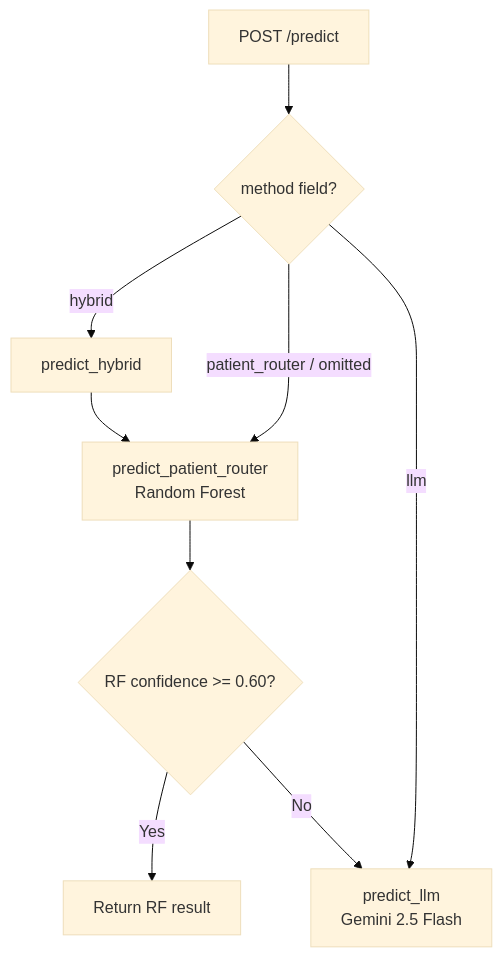
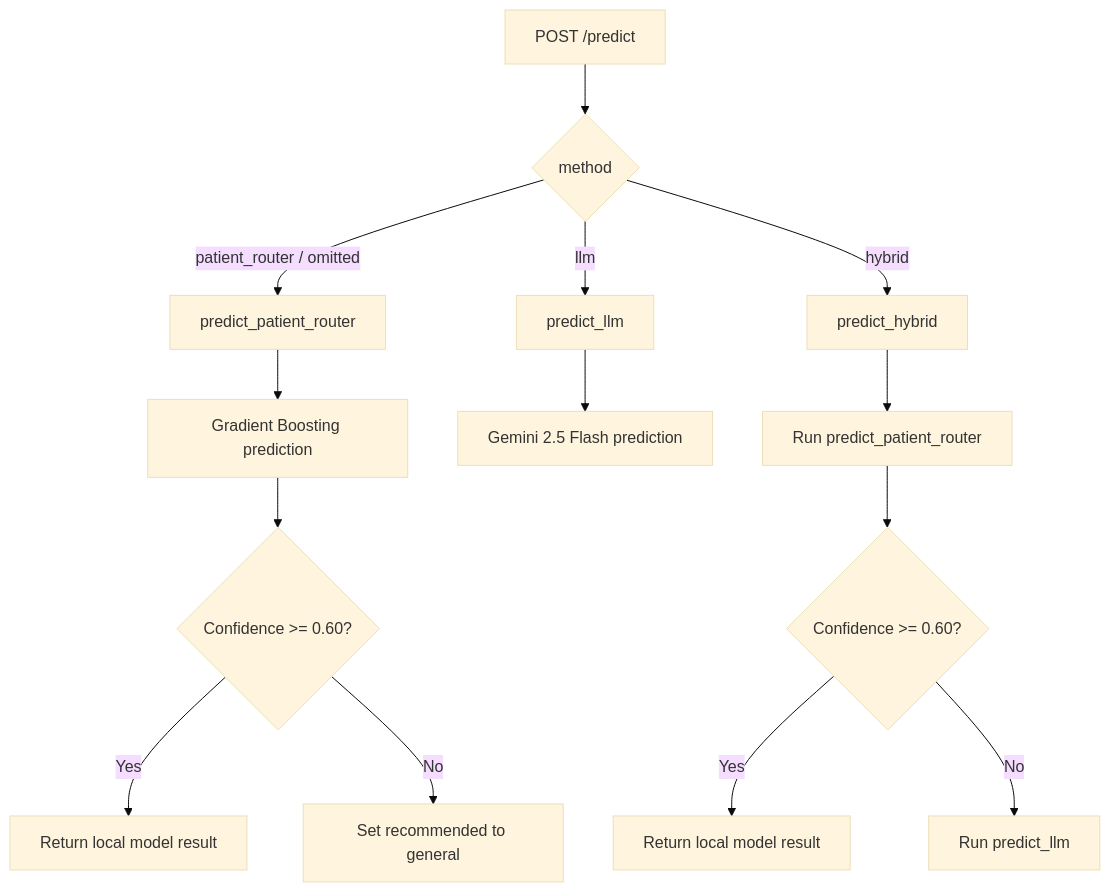
The second of 6 diagrams in docs/architecture.md (AyusmanNanda/patient-router), drawn with Mermaid (base theme) before and after one commit. The commit also changed other lines of this file, not shown here.

````diff
--- a/docs/architecture.md
+++ b/docs/architecture.md
@@ -64,11 +67,19 @@
 ```mermaid
 flowchart TD
-    A[POST /predict] --> B{method field?}
-    B -- patient_router / omitted --> C[predict_patient_router\nRandom Forest]
-    B -- llm --> D[predict_llm\nGemini 2.5 Flash]
+    A[POST /predict] --> B{method}
+    B -- patient_router / omitted --> C[predict_patient_router]
+    B -- llm --> D[predict_llm]
     B -- hybrid --> E[predict_hybrid]
-    E --> C
-    C --> F{RF confidence >= 0.60?}
-    F -- Yes --> G[Return RF result]
-    F -- No --> D
+
+    C --> F[Gradient Boosting prediction]
+    F --> G{Confidence >= 0.60?}
+    G -- Yes --> H[Return local model result]
+    G -- No --> I[Set recommended to general]
+
+    D --> J[Gemini 2.5 Flash prediction]
+
+    E --> K[Run predict_patient_router]
+    K --> L{Confidence >= 0.60?}
+    L -- Yes --> M[Return local model result]
+    L -- No --> N[Run predict_llm]
 ```
````
